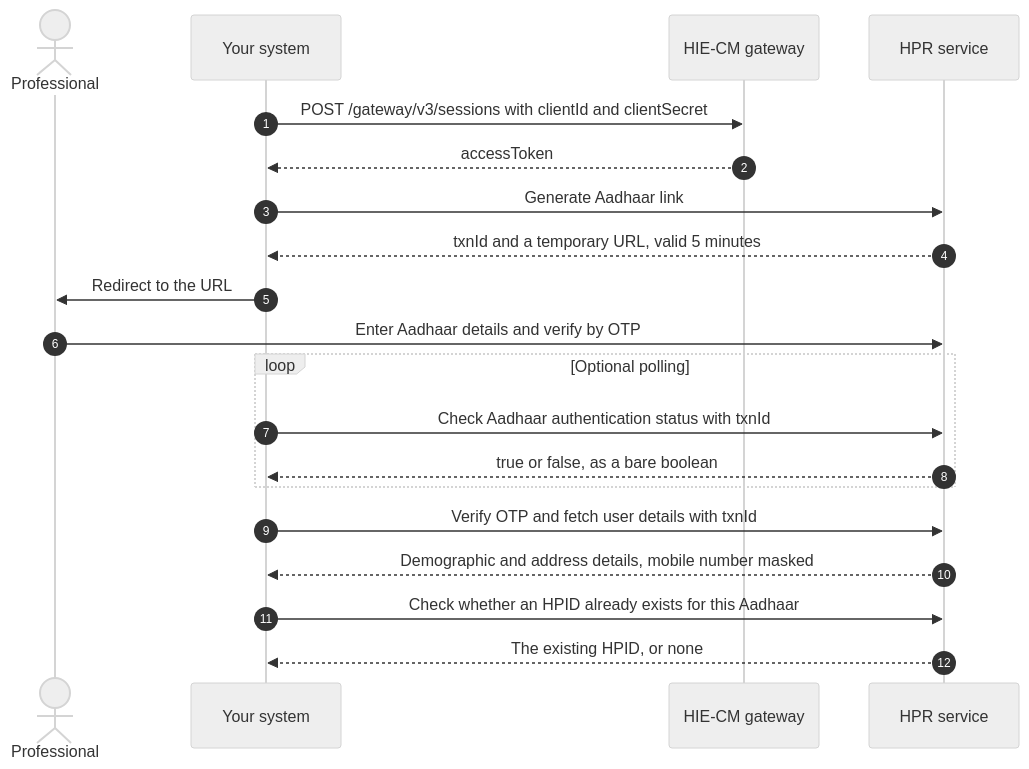
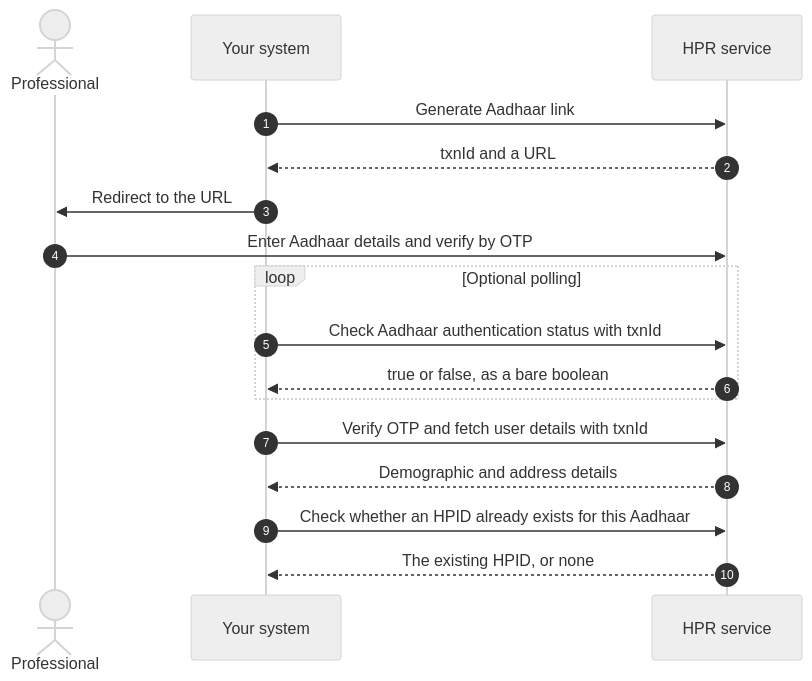
Before and after one commit to nha-in/docs: the first of 6 diagrams in site/docs/hiecm/v3/milestones/m4.mdx, drawn with Mermaid (neutral theme). The commit also changed other lines of this file and 23 other files, not shown here.

````diff
--- a/site/docs/hiecm/v3/milestones/m4.mdx
+++ b/site/docs/hiecm/v3/milestones/m4.mdx
@@ -110,23 +101,20 @@
 ```mermaid
 sequenceDiagram
     autonumber
     actor P as Professional
     participant S as Your system
-    participant G as HIE-CM gateway
     participant H as HPR service
 
-    S->>G: POST /gateway/v3/sessions with clientId and clientSecret
-    G-->>S: accessToken
     S->>H: Generate Aadhaar link
-    H-->>S: txnId and a temporary URL, valid 5 minutes
+    H-->>S: txnId and a URL
     S->>P: Redirect to the URL
     P->>H: Enter Aadhaar details and verify by OTP
     loop Optional polling
         S->>H: Check Aadhaar authentication status with txnId
         H-->>S: true or false, as a bare boolean
     end
     S->>H: Verify OTP and fetch user details with txnId
-    H-->>S: Demographic and address details, mobile number masked
+    H-->>S: Demographic and address details
     S->>H: Check whether an HPID already exists for this Aadhaar
     H-->>S: The existing HPID, or none
 ```
````
